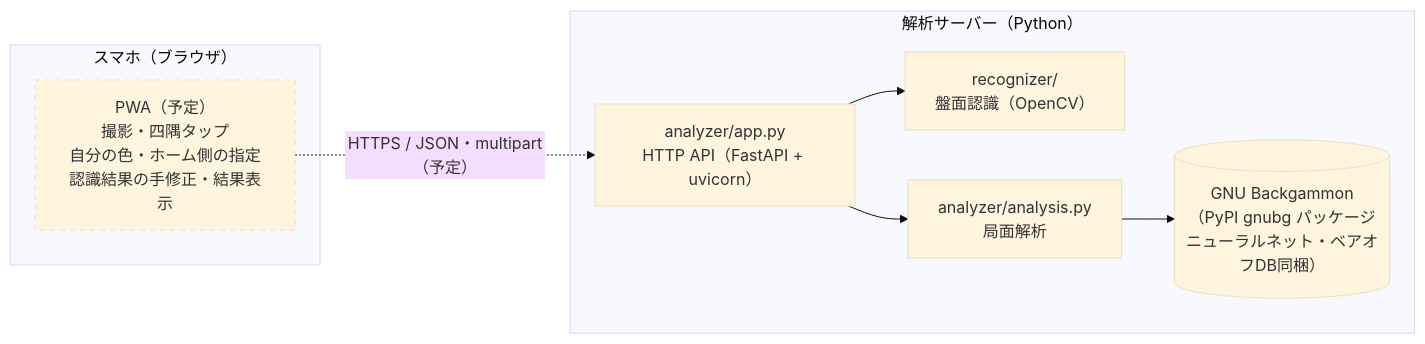
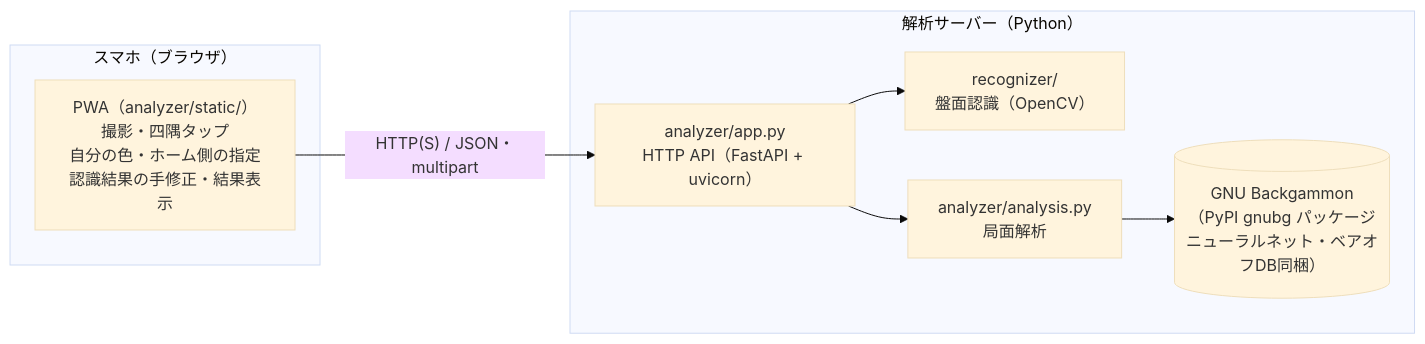
The first of 5 diagrams in README.md (ytani01/bganalyzer), drawn with Mermaid (base theme) before and after one commit. The commit also changed other lines of this file and 15 other files, not shown here.

````diff
--- a/README.md
+++ b/README.md
@@ -11,21 +11,18 @@
 ```mermaid
 flowchart LR
     subgraph phone["スマホ（ブラウザ）"]
-        pwa["PWA（予定）<br/>撮影・四隅タップ<br/>自分の色・ホーム側の指定<br/>認識結果の手修正・結果表示"]
+        pwa["PWA（analyzer/static/）<br/>撮影・四隅タップ<br/>自分の色・ホーム側の指定<br/>認識結果の手修正・結果表示"]
     end
 
     subgraph server["解析サーバー（Python）"]
         api["analyzer/app.py<br/>HTTP API（FastAPI + uvicorn）"]
         rec["recognizer/<br/>盤面認識（OpenCV）"]
         ana["analyzer/analysis.py<br/>局面解析"]
         gnubg[("GNU Backgammon<br/>（PyPI gnubg パッケージ<br/>ニューラルネット・ベアオフDB同梱）")]
         api --> rec
         api --> ana
         ana --> gnubg
     end
 
-    pwa -. "HTTPS / JSON・multipart（予定）" .-> api
-
-    classDef planned stroke-dasharray: 5 5;
-    class pwa planned;
+    pwa -- "HTTP(S) / JSON・multipart" --> api
 ```
````
